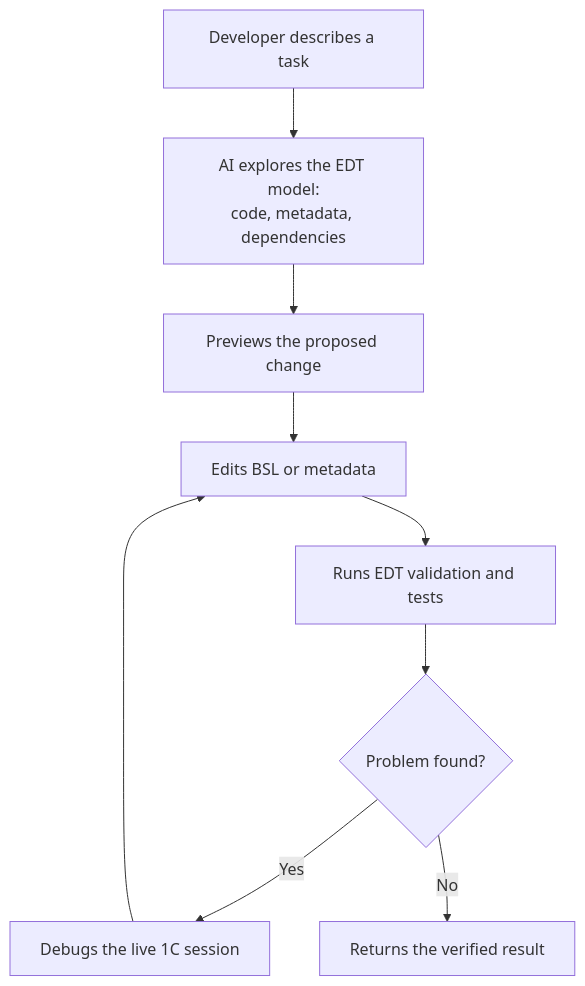
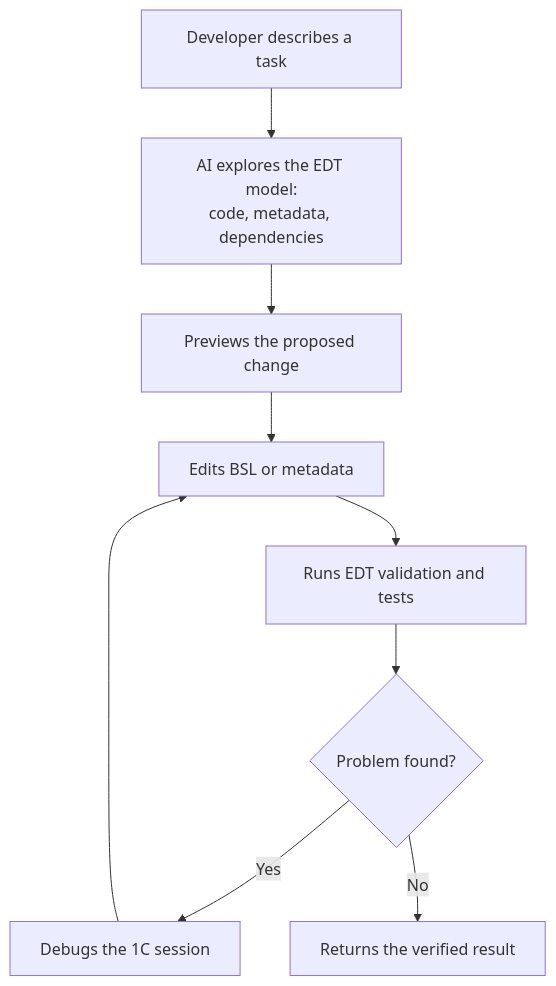
Before and after one commit to Desko77/ai-edt: the first of 2 diagrams in README.en.md, drawn with Mermaid. The commit also changed other lines of this file and 2 other files, not shown here.

````diff
--- a/README.en.md
+++ b/README.en.md
@@ -56,11 +58,11 @@
 ```mermaid
 flowchart TD
     Q["Developer describes a task"] --> S["AI explores the EDT model:<br/>code, metadata, dependencies"]
     S --> P["Previews the proposed change"]
     P --> E["Edits BSL or metadata"]
     E --> V["Runs EDT validation and tests"]
     V --> D{"Problem found?"}
-    D -- Yes --> B["Debugs the live 1C session"]
+    D -- Yes --> B["Debugs the 1C session"]
     B --> E
     D -- No --> R["Returns the verified result"]
 ```
````
